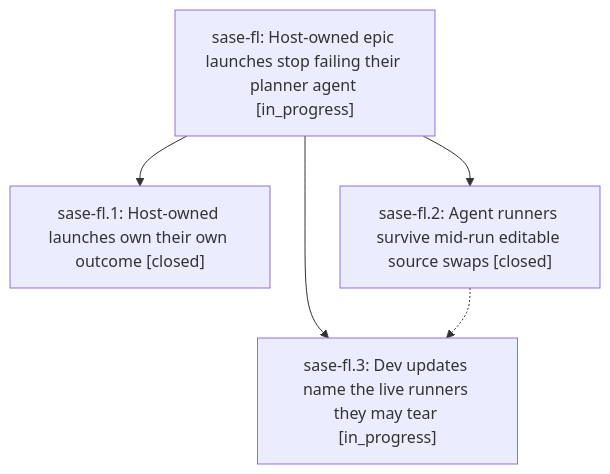
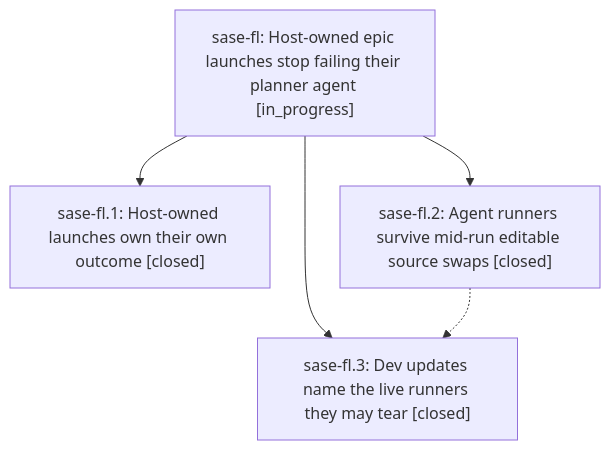
One commit to sase-org/sase--beads changed the diagram in pages/sase-fl/README.md. Above: the diagram before and after it, drawn with Mermaid. The commit also changed other lines of this file and 2 other files, not shown here.

First line of the commit message:
chore(beads): sync bead state and pages for sase-fl

````diff
--- a/pages/sase-fl/README.md
+++ b/pages/sase-fl/README.md
@@ -24,11 +24,11 @@
 ```mermaid
 flowchart TD
     n0["sase-fl: Host-owned epic launches stop failing their planner agent [in_progress]"]
     n1["sase-fl.1: Host-owned launches own their own outcome [closed]"]
     n2["sase-fl.2: Agent runners survive mid-run editable source swaps [closed]"]
-    n3["sase-fl.3: Dev updates name the live runners they may tear [in_progress]"]
+    n3["sase-fl.3: Dev updates name the live runners they may tear [closed]"]
     n0 --> n1
     n0 --> n2
     n0 --> n3
     n2 -.-> n3
 ```
````
